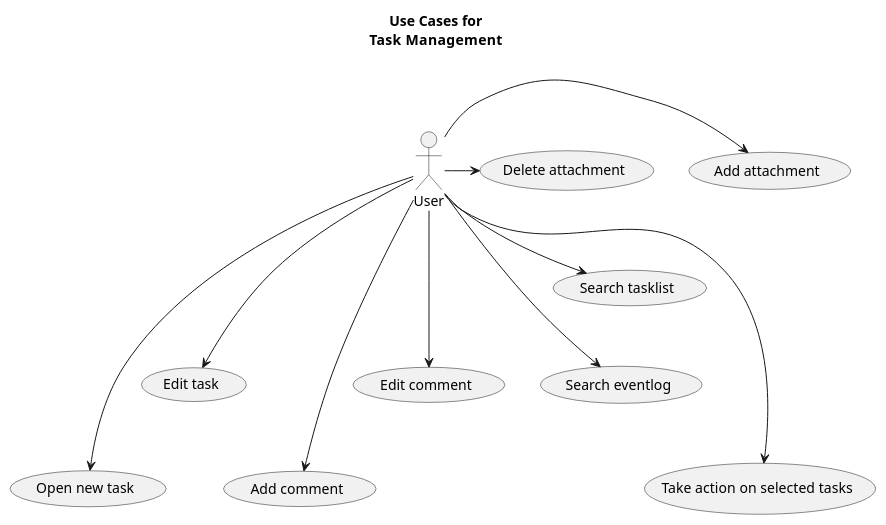
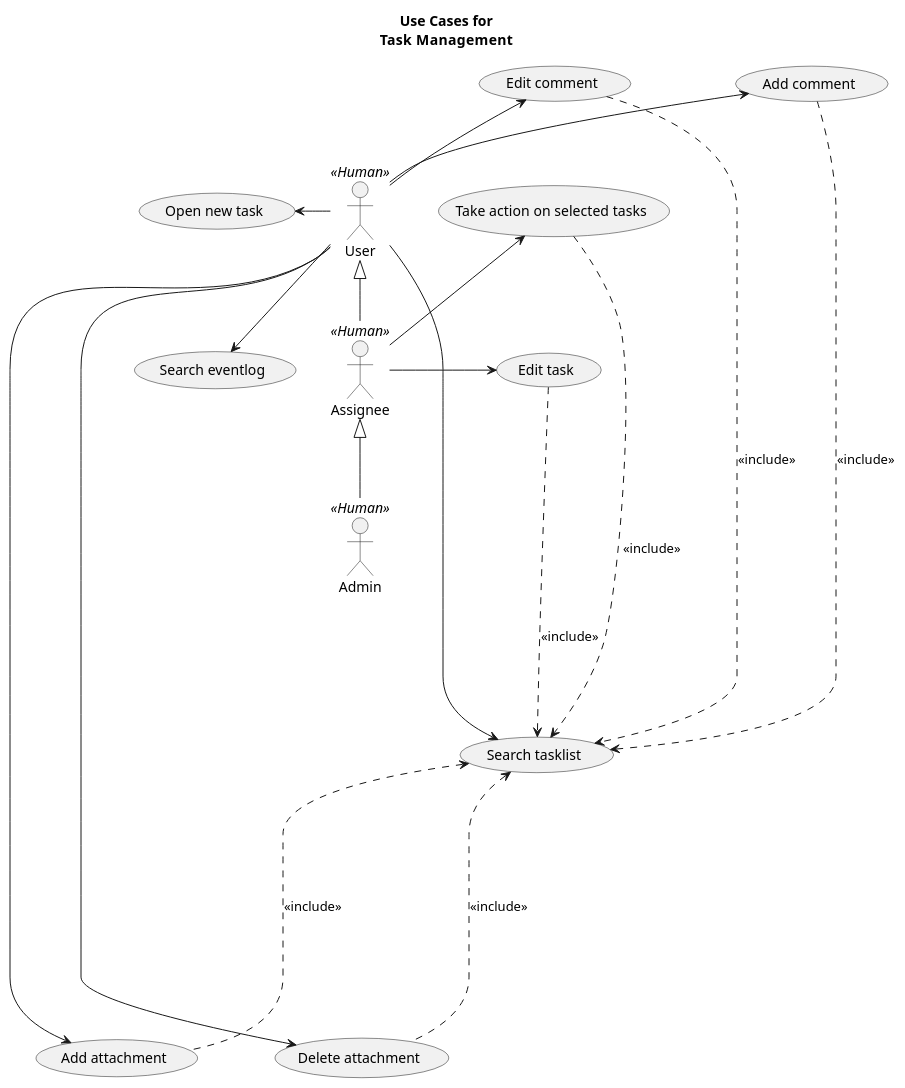
One commit to bzg/bugpile changed diagram 20 of 40 in doc/worg/org-contrib/gsoc2012/student-projects/bugpile/i.org. Above: the diagram before and after it, drawn with PlantUML. The commit also changed other lines of this file and 1 other file, not shown here.

Commit message:
i.org tutorial on worg: use case diagrams finished.

```diff
--- a/doc/worg/org-contrib/gsoc2012/student-projects/bugpile/i.org
+++ b/doc/worg/org-contrib/gsoc2012/student-projects/bugpile/i.org
@@ -983,23 +990,37 @@
 #+begin_src plantuml :file ../../../../images/gsoc/2012/bugpile/task-management-uml-uc.png
   title Use Cases for\n<b>Task  Management</b>
+
+  :User: <<Human>>
+  :Assignee: <<Human>>
+  :Admin:  <<Human>>
+
+  User <|-- Assignee
+  Assignee <|-- Admin
 
   usecase (Open new task) as (OpenTask)
   usecase (Edit task) as (EdTask)
   usecase (Add comment) as (AddCom)
   usecase (Edit comment) as (EdCom)
   usecase (Add attachment) as (AddAtt)
   usecase (Delete attachment) as (DelAtt)
   usecase (Search eventlog) as (SearchLog)
   usecase (Search tasklist) as (SearchTask)
   usecase (Take action on selected tasks) as (ActOnTask)
 
-  User --> (SearchTask)
-  User ----> (ActOnTask)
-  User ----> (OpenTask) 
-  User ---> (EdTask) 
-  User ----> (AddCom) 
-  User ---> (EdCom) 
-  User -> (AddAtt)
-  User -> (DelAtt)
-  User ---> (SearchLog)
+  (AddCom) ....> (SearchTask) : <<include>>
+  (EdCom) ....> (SearchTask) : <<include>>
+  (SearchTask) <..... (AddAtt) : <<include>>
+  (SearchTask) <..... (DelAtt): <<include>>
+  (ActOnTask) .....> (SearchTask) : <<include>>
+  (EdTask) ....> (SearchTask) : <<include>>
+
+  User -> (SearchTask)
+  (ActOnTask) <- Assignee  
+  (OpenTask) <- User
+  Assignee -> (EdTask)
+  (AddCom) <-- User
+  (EdCom) <-- User
+  (AddAtt) <-- User
+  (DelAtt) <--  User
+  User --> (SearchLog)
 #+end_src
```
